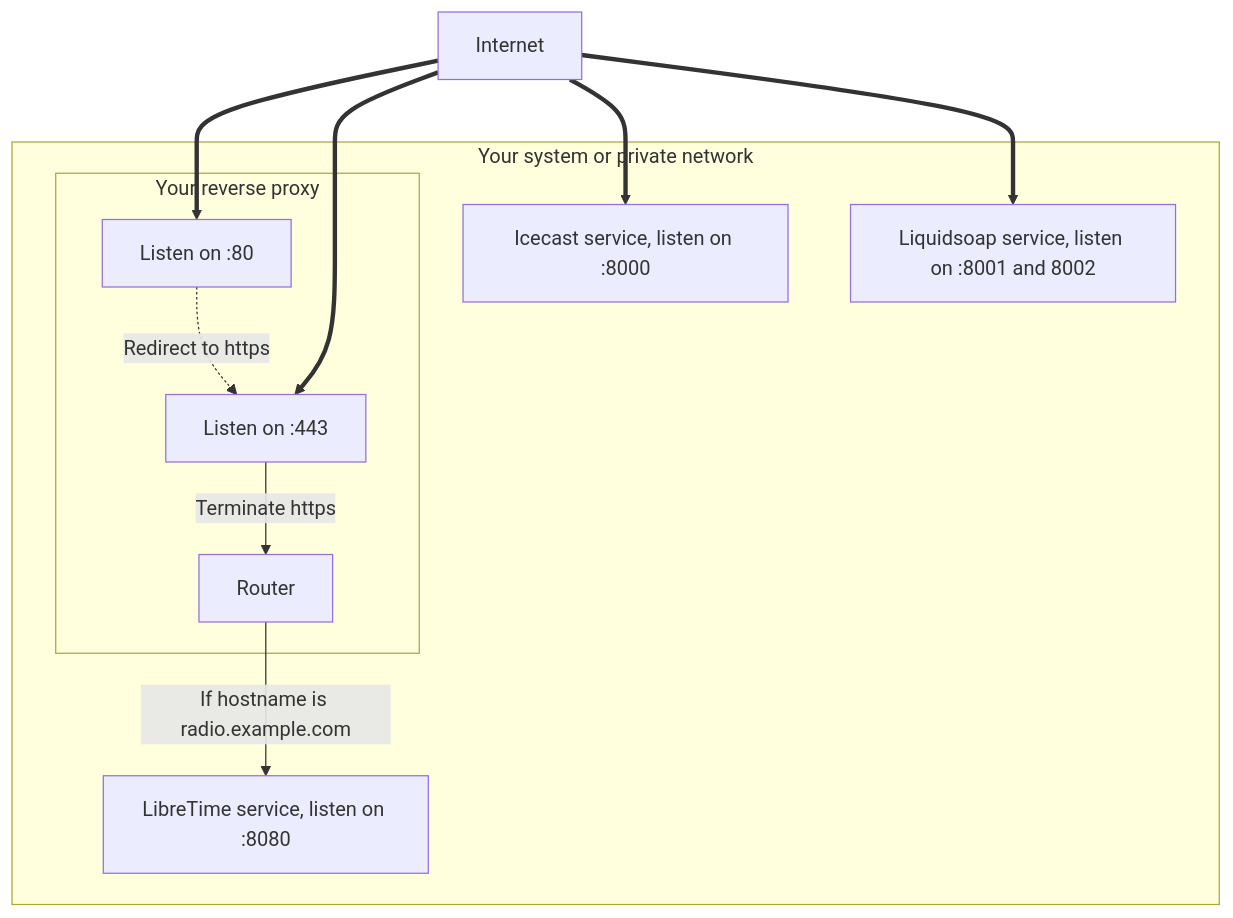
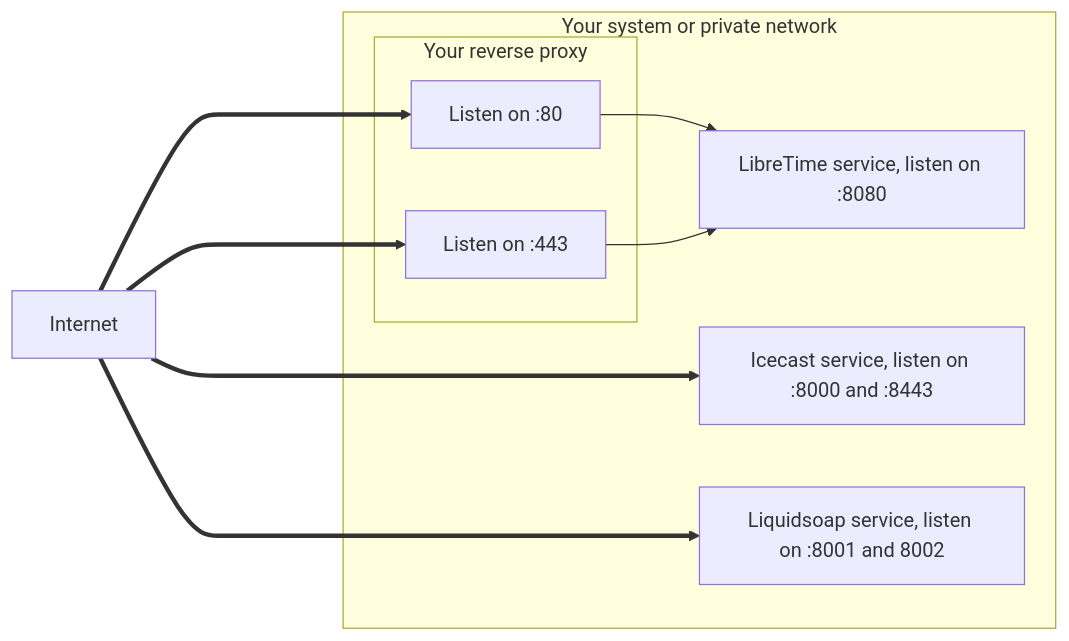
The second of 2 diagrams in docs/admin-manual/install/reverse-proxy.md (libretime/website), drawn with Mermaid before and after one commit. The commit also changed other lines of this file, not shown here.

````diff
--- a/docs/admin-manual/install/reverse-proxy.md
+++ b/docs/admin-manual/install/reverse-proxy.md
@@ -22,28 +44,24 @@
 ```mermaid
-flowchart TD
+flowchart LR
     internet[Internet]
 
     subgraph internal[Your system or private network]
         libretime[LibreTime service, listen on :8080]
 
-        icecast[Icecast service, listen on :8000]
+        icecast[Icecast service, listen on :8000 and :8443]
         liquidsoap[Liquidsoap service, listen on :8001 and 8002]
 
         subgraph proxy[Your reverse proxy]
             front_http[Listen on :80]
             front_https[Listen on :443]
-            front_http -.-> |Redirect to https| front_https
+        end
+        front_http --> libretime
+        front_https --> libretime
+    end
 
-            router[Router]
-            front_https --> |Terminate https| router
-        end
-
-        router --> |If hostname is radio.example.com| libretime
-    end
+    internet =====> icecast
+    internet =====> liquidsoap
 
     internet ==> front_http
     internet ==> front_https
-
-    internet ==> icecast
-    internet ==> liquidsoap
 ```
````
